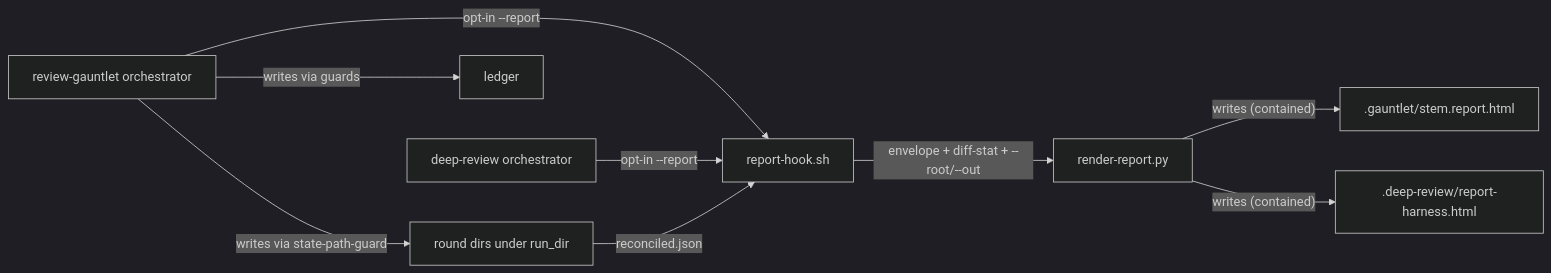
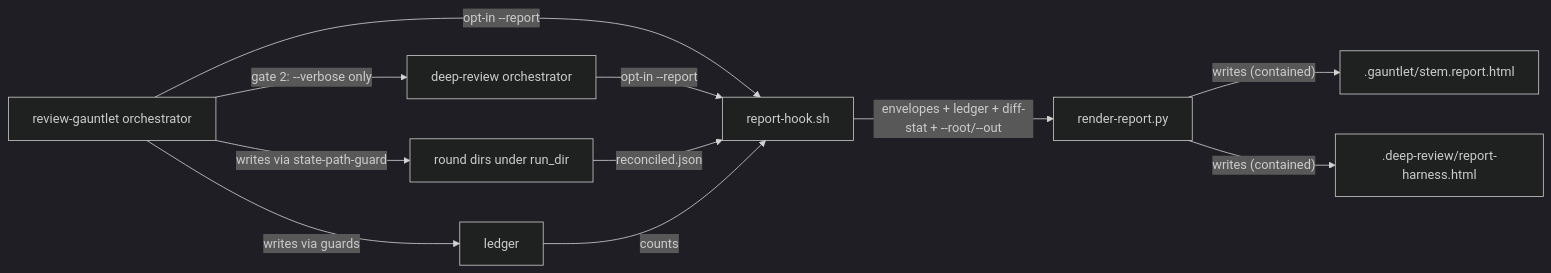
The first of 3 diagrams in docs/dev_plans/20261008-feature-review-output-formats.md (vr000m/skein), drawn with Mermaid (dark theme) before and after one commit. The commit also changed other lines of this file, not shown here.

Commit message:
docs: fold review round 3 findings into review-output-formats plan

````diff
--- a/docs/dev_plans/20261008-feature-review-output-formats.md
+++ b/docs/dev_plans/20261008-feature-review-output-formats.md
@@ -152,11 +162,13 @@
 ```mermaid
 graph LR
-    G["review-gauntlet orchestrator"] -->|"opt-in --report"| HK["report-hook.sh"]
-    D["deep-review orchestrator"] -->|"opt-in --report"| HK
-    HK -->|"envelope + diff-stat + --root/--out"| R["render-report.py"]
+    G["review-gauntlet orchestrator"] -->|"gate 2: --verbose only"| D["deep-review orchestrator"]
+    G -->|"opt-in --report"| HK["report-hook.sh"]
+    D -->|"opt-in --report"| HK
+    HK -->|"envelopes + ledger + diff-stat + --root/--out"| R["render-report.py"]
     R -->|"writes (contained)"| O1[".gauntlet/stem.report.html"]
     R -->|"writes (contained)"| O2[".deep-review/report-harness.html"]
     G -->|"writes via guards"| LG["ledger"]
     G -->|"writes via state-path-guard"| RD["round dirs under run_dir"]
     RD -->|"reconciled.json"| HK
+    LG -->|"counts"| HK
 ```
````
